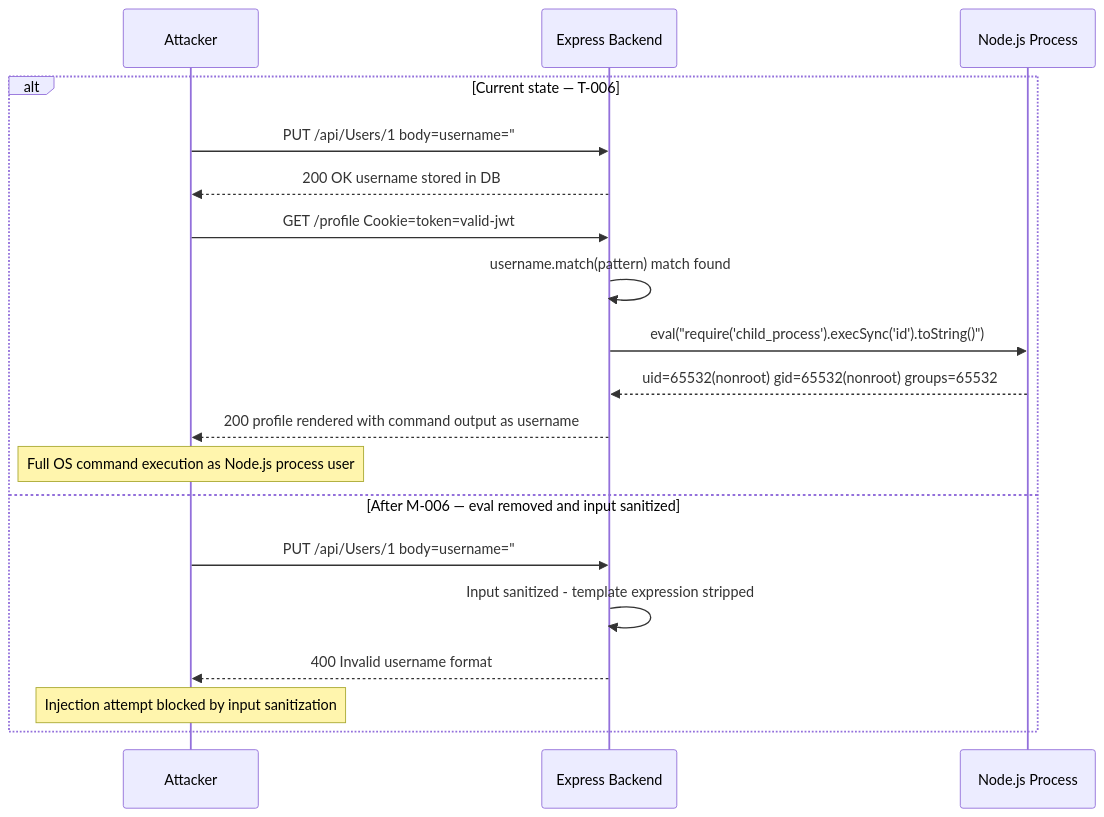
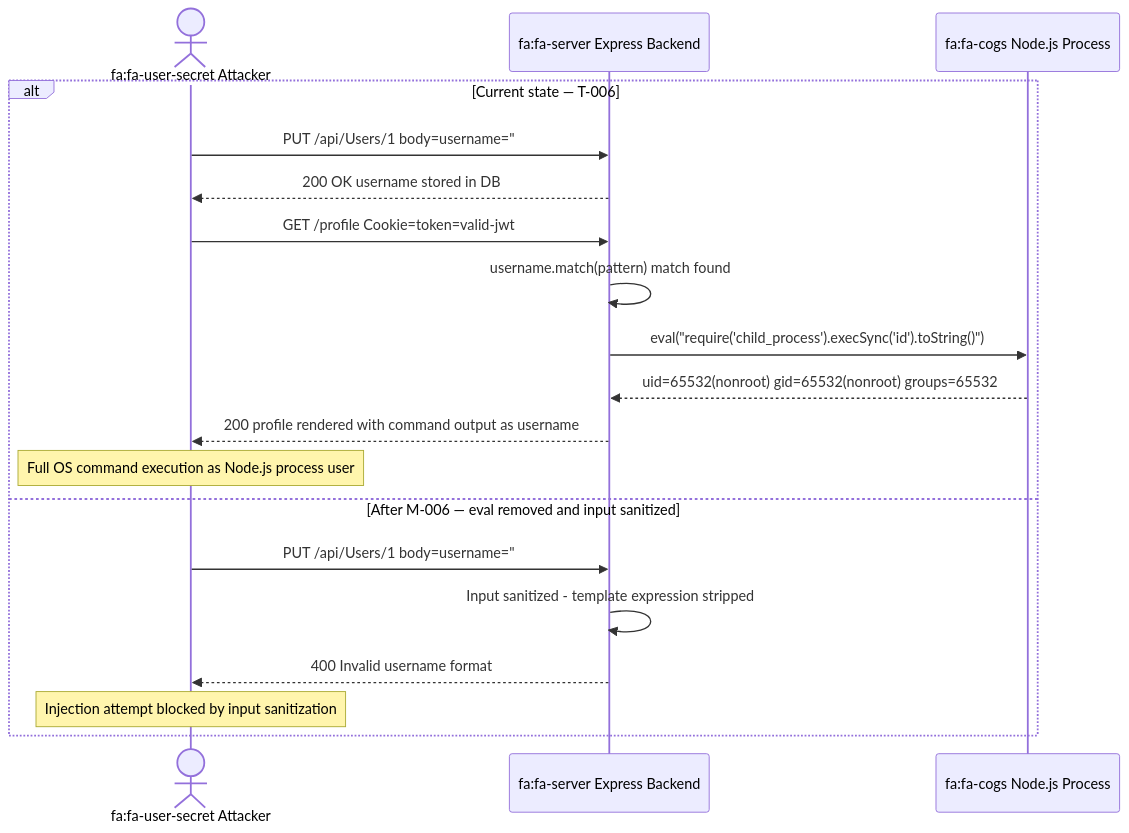
Before and after one commit to appsec-foundry/appsec-advisor: diagram 11 of 18 in examples/threat-modeler/threat-mode-juice-shop-standard.md, drawn with Mermaid. The commit also changed other lines of this file and 9 other files, not shown here.

Commit message:
mermaid diagrams improved

````diff
--- a/examples/threat-modeler/threat-mode-juice-shop-standard.md
+++ b/examples/threat-modeler/threat-mode-juice-shop-standard.md
@@ -811,22 +638,22 @@
 ```mermaid
 sequenceDiagram
-    participant ATK as Attacker
-    participant API as Express Backend
-    participant NODE as Node.js Process
+    actor ATK as fa:fa-user-secret Attacker
+    participant API as fa:fa-server Express Backend
+    participant NODE as fa:fa-cogs Node.js Process
 
     alt Current state — T-006
         ATK->>API: PUT /api/Users/1 body=username="#{require('child_process').execSync('id').toString()}"
         API-->>ATK: 200 OK username stored in DB
         ATK->>API: GET /profile Cookie=token=valid-jwt
         API->>API: username.match(pattern) match found
         API->>NODE: eval("require('child_process').execSync('id').toString()")
         NODE-->>API: uid=65532(nonroot) gid=65532(nonroot) groups=65532
         API-->>ATK: 200 profile rendered with command output as username
         Note over ATK: Full OS command execution as Node.js process user
     else After M-006 — eval removed and input sanitized
         ATK->>API: PUT /api/Users/1 body=username="#{require('child_process').exec('id')}"
         API->>API: Input sanitized - template expression stripped
         API-->>ATK: 400 Invalid username format
         Note over ATK: Injection attempt blocked by input sanitization
     end
 ```
````
